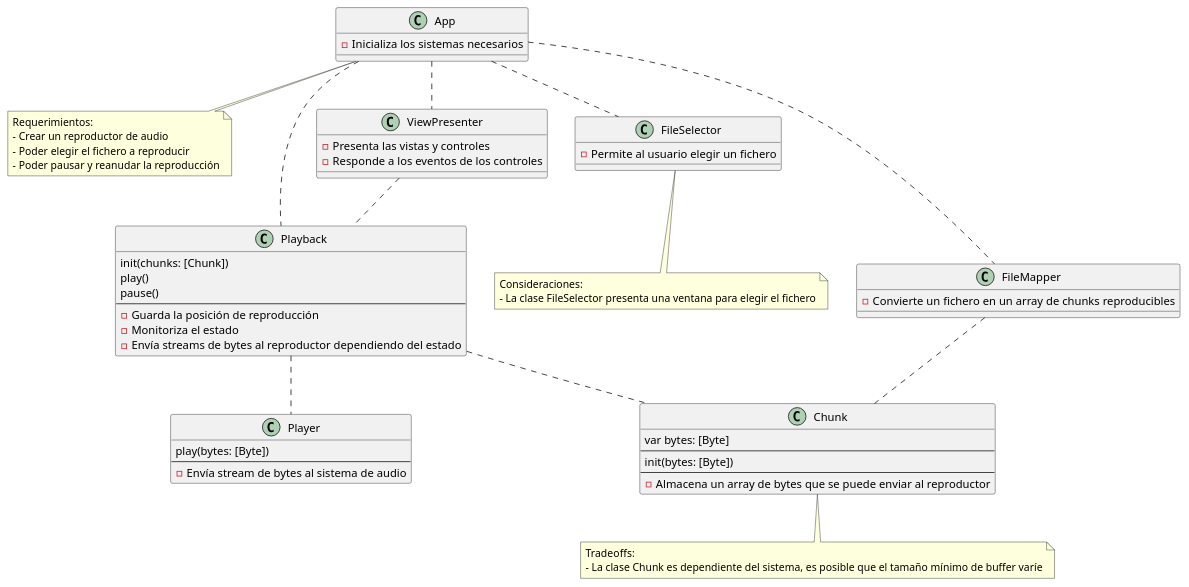
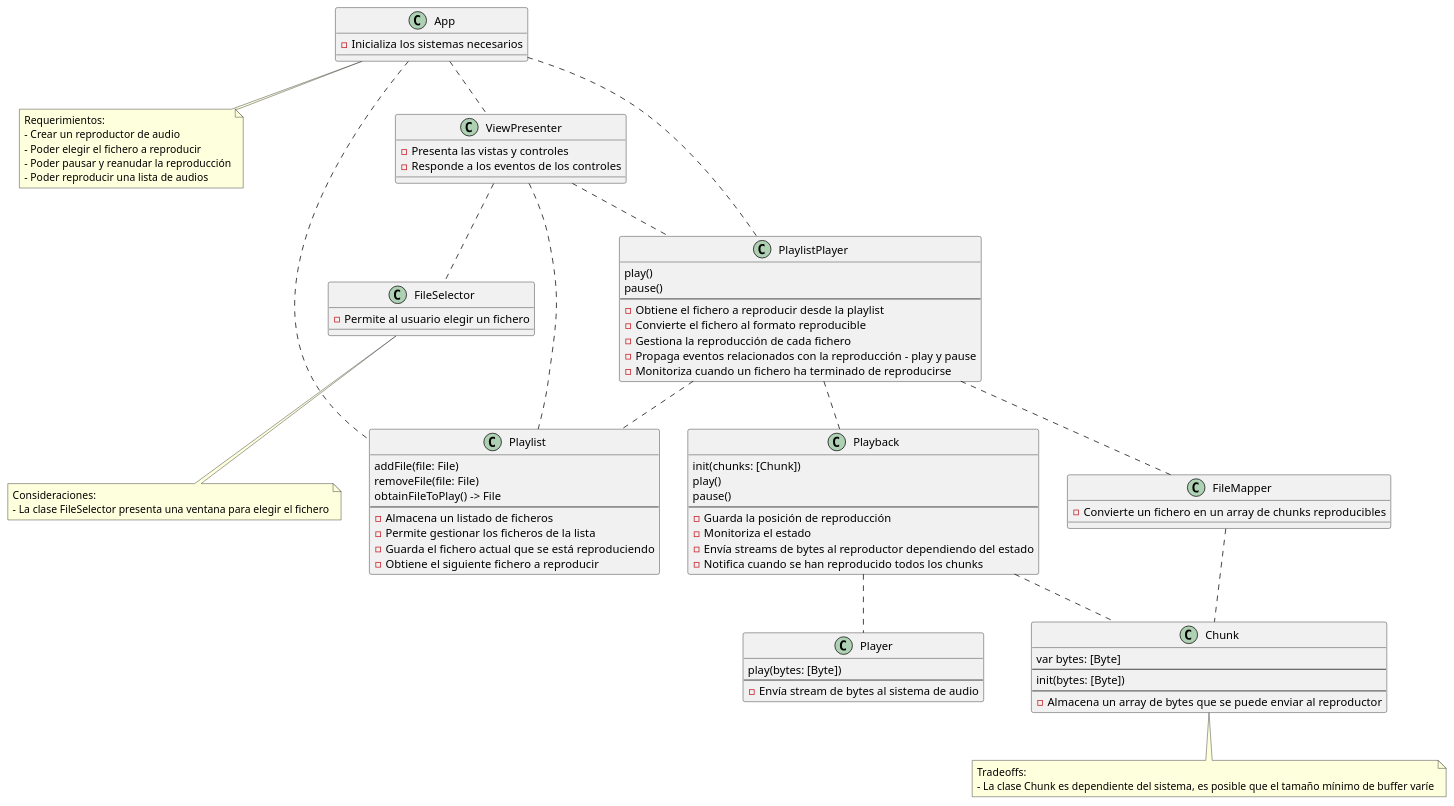
The diagram in Clases.plantuml (EverisMobileTeam/meetupDise-oReproductorDeAudio), drawn with PlantUML before and after one commit. The commit also changed 1 other file, not shown here.

Commit message:
Poder reproducir una lista de audios

```diff
--- a/Clases.plantuml
+++ b/Clases.plantuml
@@ -1,74 +1,102 @@
 @startuml
 
 note as Requerimientos
     Requerimientos: 
     - Crear un reproductor de audio
     - Poder elegir el fichero a reproducir
     - Poder pausar y reanudar la reproducción
+    - Poder reproducir una lista de audios
 end note 
 
 note as Consideraciones
     Consideraciones:
     - La clase FileSelector presenta una ventana para elegir el fichero
 end note
 
 note as Tradeoffs
     Tradeoffs:
     - La clase Chunk es dependiente del sistema, es posible que el tamaño mínimo de buffer varíe
 end note
 
 class Player {
     play(bytes: [Byte])
     --
     - Envía stream de bytes al sistema de audio
 }
 
 class Playback {
     init(chunks: [Chunk])
     play()
     pause()
     --
     - Guarda la posición de reproducción
     - Monitoriza el estado
     - Envía streams de bytes al reproductor dependiendo del estado
+    - Notifica cuando se han reproducido todos los chunks
 }
 
 class FileSelector {
     - Permite al usuario elegir un fichero
 }
 
 class FileMapper {
     - Convierte un fichero en un array de chunks reproducibles
 }
 
 class App {
     - Inicializa los sistemas necesarios
 }
 
 class Chunk {
     var bytes: [Byte]
     --
     init(bytes: [Byte])
     --
     - Almacena un array de bytes que se puede enviar al reproductor
 }
 
 class ViewPresenter {
     - Presenta las vistas y controles
     - Responde a los eventos de los controles
 }
 
-App .. FileSelector
-App .. FileMapper
-App .. Playback
+class Playlist {
+    addFile(file: File)
+    removeFile(file: File)
+    obtainFileToPlay() -> File
+    --
+    - Almacena un listado de ficheros
+    - Permite gestionar los ficheros de la lista
+    - Guarda el fichero actual que se está reproduciendo
+    - Obtiene el siguiente fichero a reproducir
+}
+
+class PlaylistPlayer {
+    play()
+    pause()
+    --
+    - Obtiene el fichero a reproducir desde la playlist
+    - Convierte el fichero al formato reproducible
+    - Gestiona la reproducción de cada fichero
+    - Propaga eventos relacionados con la reproducción - play y pause
+    - Monitoriza cuando un fichero ha terminado de reproducirse
+}
+
 App .. ViewPresenter
+App .. Playlist
+App .. PlaylistPlayer
 Playback .. Player
+Playback .. Chunk
 FileMapper .. Chunk
-Playback .. Chunk
-ViewPresenter .. Playback
+ViewPresenter .. Playlist
+ViewPresenter .. FileSelector
+ViewPresenter .. PlaylistPlayer
+PlaylistPlayer .. Playlist
+PlaylistPlayer .. FileMapper
+PlaylistPlayer .. Playback
 
 App .. Requerimientos
 FileSelector .. Consideraciones
 Chunk .. Tradeoffs
 
 @enduml
```
